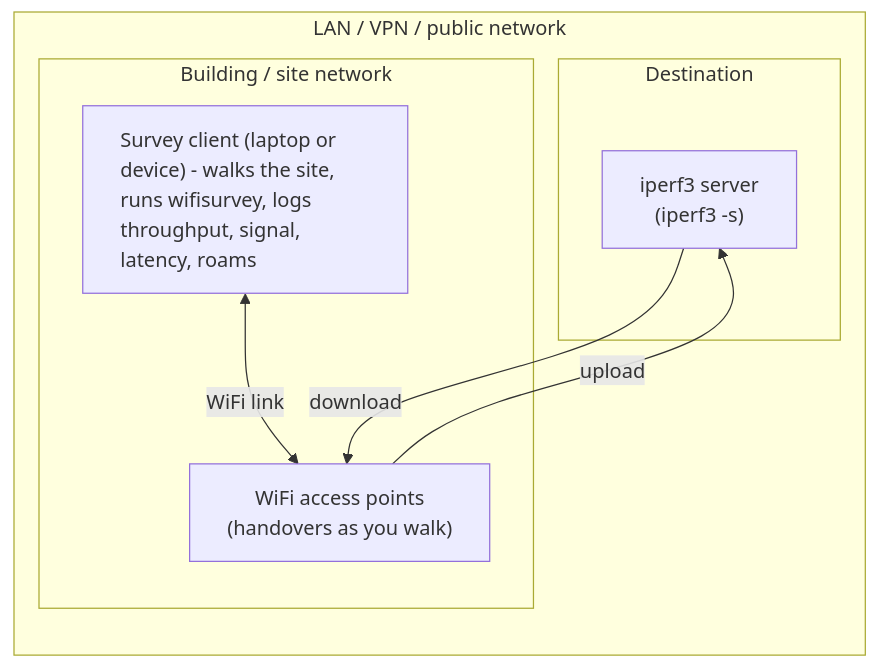
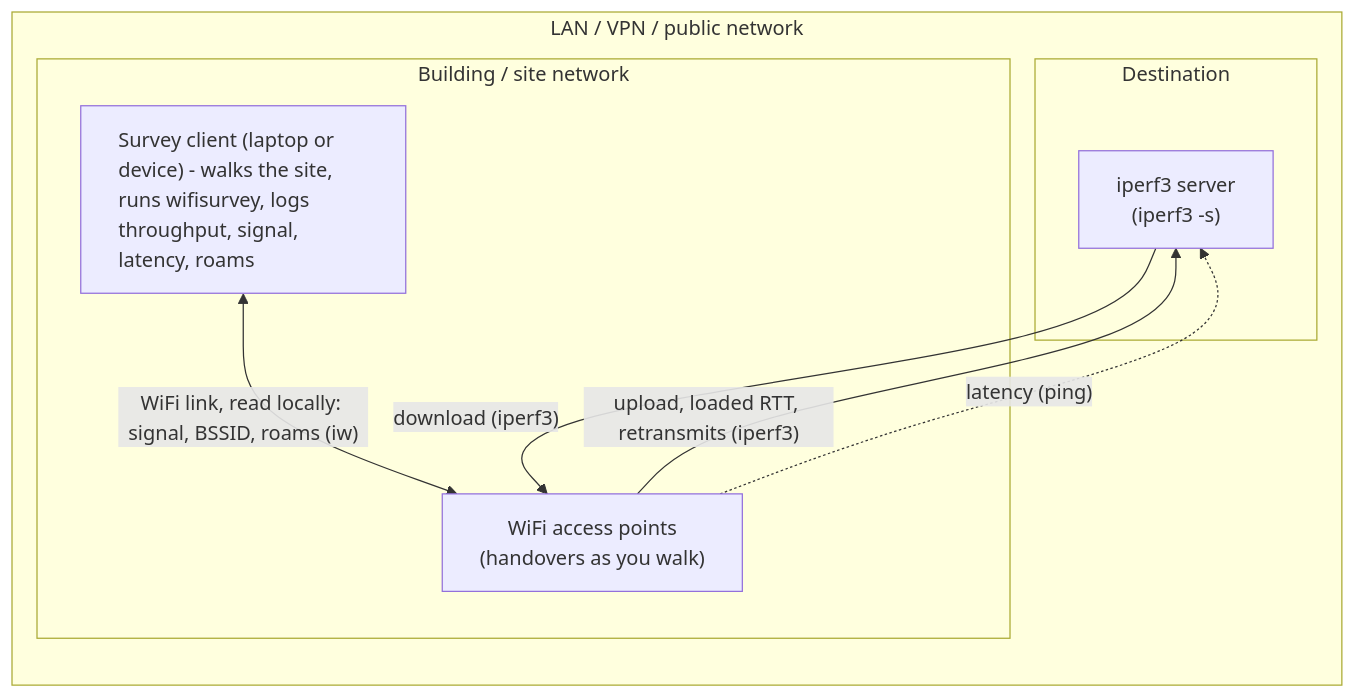
Before and after one commit to smallwat3r/wifisurvey: the diagram in README.md, drawn with Mermaid.

Commit message:
Update graph

````diff
--- a/README.md
+++ b/README.md
@@ -23,17 +23,18 @@
 ```mermaid
 flowchart LR
     subgraph net["LAN / VPN / public network"]
         subgraph site["Building / site network"]
             dev["<div style='text-align:left'>Survey client (laptop or device) - walks the site, runs wifisurvey, logs throughput, signal, latency, roams</div>"]
             ap["WiFi access points<br/>(handovers as you walk)"]
         end
 
         subgraph infra["Destination"]
             srv["iperf3 server<br/>(iperf3 -s)"]
         end
     end
 
-    dev <-- WiFi link --> ap
-    ap -- upload --> srv
-    srv -- download --> ap
+    dev <-- "WiFi link, read locally: signal, BSSID, roams (iw)" --> ap
+    ap -- "upload, loaded RTT, retransmits (iperf3)" --> srv
+    srv -- "download (iperf3)" --> ap
+    ap -. "latency (ping)" .-> srv
 ```
````
